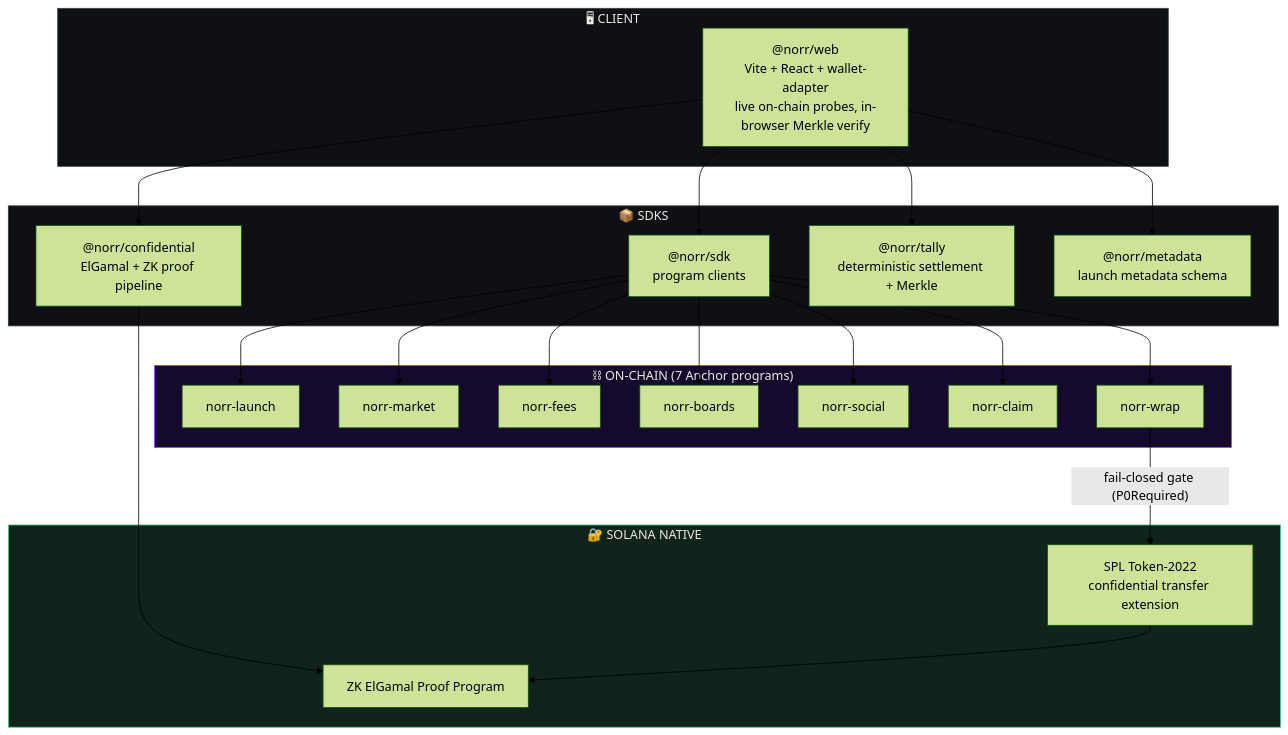
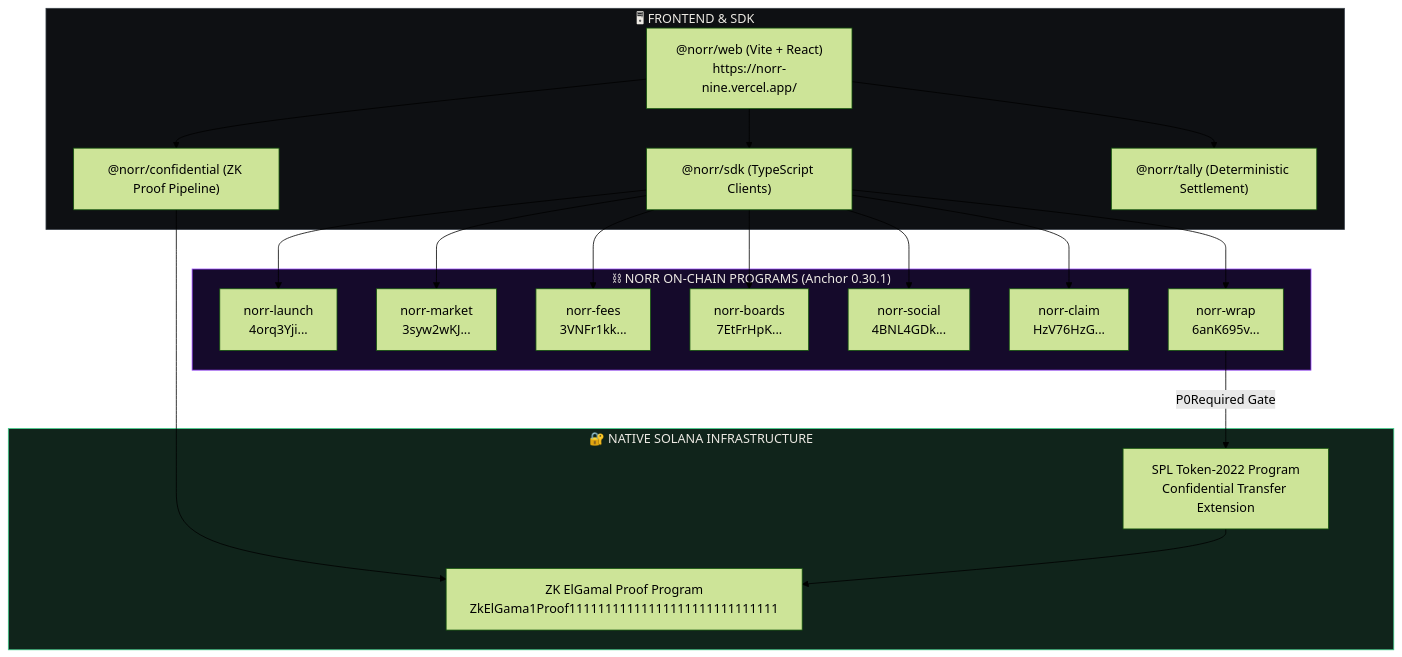
The second of 2 diagrams in README.md (ShrikarT/norr), drawn with Mermaid (forest theme) before and after one commit. The commit also changed other lines of this file and 9 other files, not shown here.

````diff
--- a/README.md
+++ b/README.md
@@ -80,42 +72,34 @@
 ```mermaid
 flowchart TB
-    subgraph CLIENT["🖥 CLIENT"]
-        WEB["@norr/web<br/>Vite + React + wallet-adapter<br/>live on-chain probes, in-browser Merkle verify"]
+    subgraph CLIENT["🖥 FRONTEND & SDK"]
+        WEB["@norr/web (Vite + React)<br/>https://norr-nine.vercel.app/"]
+        SDK["@norr/sdk (TypeScript Clients)"]
+        CONF["@norr/confidential (ZK Proof Pipeline)"]
+        TALLY["@norr/tally (Deterministic Settlement)"]
     end
 
-    subgraph SDKS["📦 SDKS"]
-        SDK["@norr/sdk<br/>program clients"]
-        CONF["@norr/confidential<br/>ElGamal + ZK proof pipeline"]
-        TALLY["@norr/tally<br/>deterministic settlement + Merkle"]
-        META["@norr/metadata<br/>launch metadata schema"]
+    subgraph ONCHAIN["⛓ NORR ON-CHAIN PROGRAMS (Anchor 0.30.1)"]
+        LAUNCH["norr-launch<br/>4orq3Yji..."]
+        MARKET["norr-market<br/>3syw2wKJ..."]
+        FEES["norr-fees<br/>3VNFr1kk..."]
+        BOARDS["norr-boards<br/>7EtFrHpK..."]
+        SOCIAL["norr-social<br/>4BNL4GDk..."]
+        CLAIM["norr-claim<br/>HzV76HzG..."]
+        WRAP["norr-wrap<br/>6anK695v..."]
     end
 
-    subgraph CHAIN["⛓ ON-CHAIN (7 Anchor programs)"]
-        LAUNCH["norr-launch"]
-        MARKET["norr-market"]
-        FEES["norr-fees"]
-        BOARDS["norr-boards"]
-        SOCIAL["norr-social"]
-        CLAIM["norr-claim"]
-        WRAP["norr-wrap"]
+    subgraph SOLANA["🔐 NATIVE SOLANA INFRASTRUCTURE"]
+        T22["SPL Token-2022 Program<br/>Confidential Transfer Extension"]
+        ZK["ZK ElGamal Proof Program<br/>ZkElGama1Proof11111111111111111111111111111"]
     end
 
-    subgraph NATIVE["🔐 SOLANA NATIVE"]
-        T22["SPL Token-2022<br/>confidential transfer extension"]
-        ZK["ZK ElGamal Proof Program"]
-    end
-
-    WEB --> SDK
-    WEB --> CONF
-    WEB --> TALLY
-    WEB --> META
+    WEB --> SDK & CONF & TALLY
     SDK --> LAUNCH & MARKET & FEES & BOARDS & SOCIAL & CLAIM & WRAP
     CONF --> ZK
-    WRAP -->|"fail-closed gate (P0Required)"| T22
+    WRAP -->|"P0Required Gate"| T22
     T22 --> ZK
 
     style CLIENT fill:#0e1013,stroke:#3a4048,color:#ece9e3
-    style SDKS fill:#0e1013,stroke:#3a4048,color:#ece9e3
-    style CHAIN fill:#150a2b,stroke:#9945ff,color:#ece9e3
-    style NATIVE fill:#10241b,stroke:#3fcf8a,color:#ece9e3
+    style ONCHAIN fill:#150a2b,stroke:#9945ff,color:#ece9e3
+    style SOLANA fill:#10241b,stroke:#3fcf8a,color:#ece9e3
 ```
````
